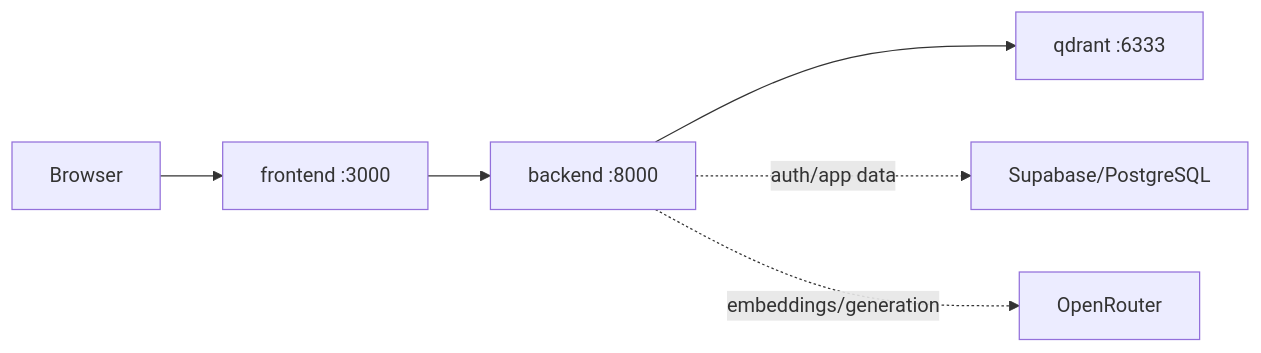
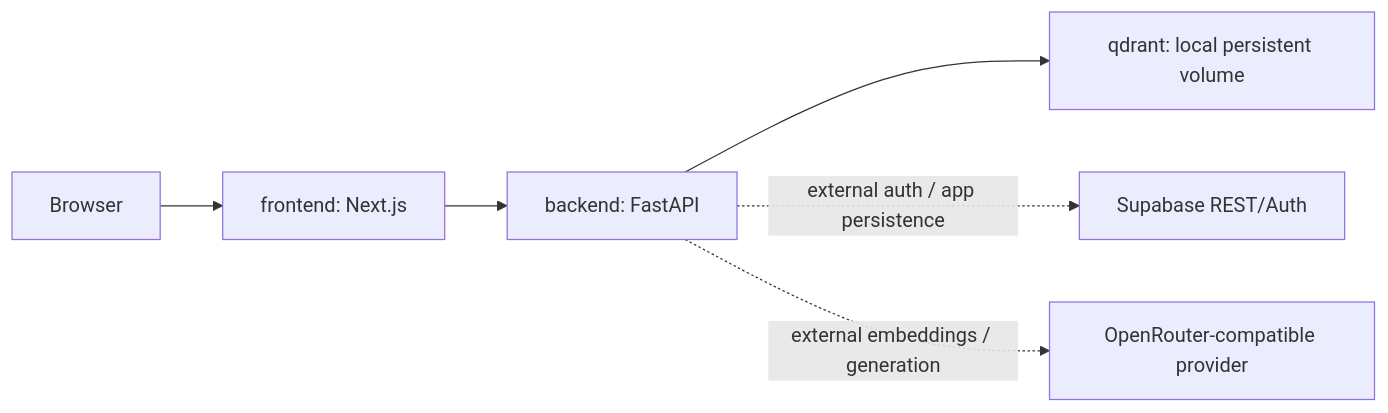
One commit to PhucTruong-ctrl/vn-traffic-law-RAG changed the second of 2 diagrams in docs/03-thiet-ke-he-thong.md. Above: the diagram before and after it, drawn with Mermaid. The commit also changed other lines of this file and 17 other files, not shown here.

Commit message:
docs: align audited architecture documentation

````diff
--- a/docs/03-thiet-ke-he-thong.md
+++ b/docs/03-thiet-ke-he-thong.md
@@ -203,8 +99,8 @@
 ```mermaid
 graph LR
-    B["Browser"] --> FE["frontend :3000"]
-    FE --> API["backend :8000"]
-    API --> QD["qdrant :6333"]
-    API -. "auth/app data" .-> SB["Supabase/PostgreSQL"]
-    API -. "embeddings/generation" .-> OR["OpenRouter"]
+  B[Browser] --> FE[frontend: Next.js]
+  FE --> API[backend: FastAPI]
+  API --> QD[qdrant: local persistent volume]
+  API -. external auth / app persistence .-> SB[Supabase REST/Auth]
+  API -. external embeddings / generation .-> OR[OpenRouter-compatible provider]
 ```
````
